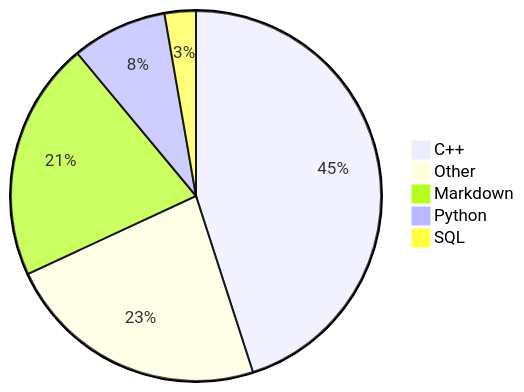
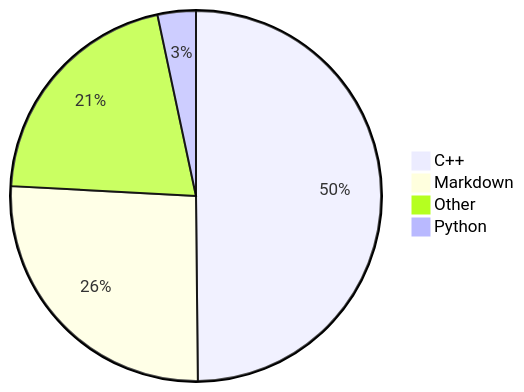
One commit to Alicia111/alicia111 changed the diagram in README.md. Above: the diagram before and after it, drawn with Mermaid.

Commit message:
Update WakaTime stats (・ω・)b

````diff
--- a/README.md
+++ b/README.md
@@ -32,8 +32,7 @@
 ```mermaid
 pie
-    "C++" : 45.02
-    "Other" : 23.07
-    "Markdown" : 20.87
-    "Python" : 8.31
-    "SQL" : 2.73
+    "C++" : 49.84
+    "Markdown" : 26.01
+    "Other" : 20.81
+    "Python" : 3.34
 ```
````
